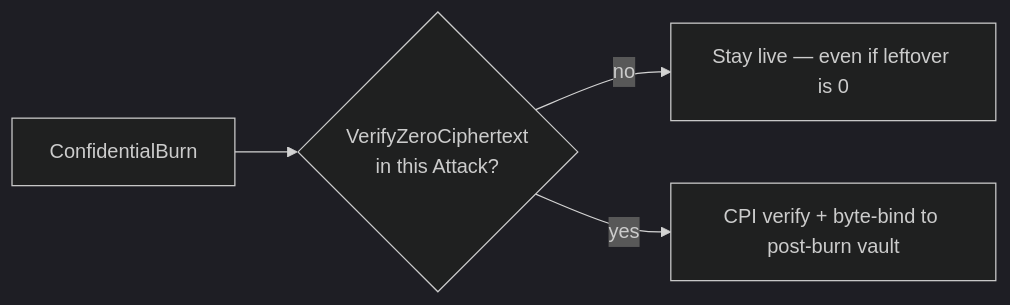
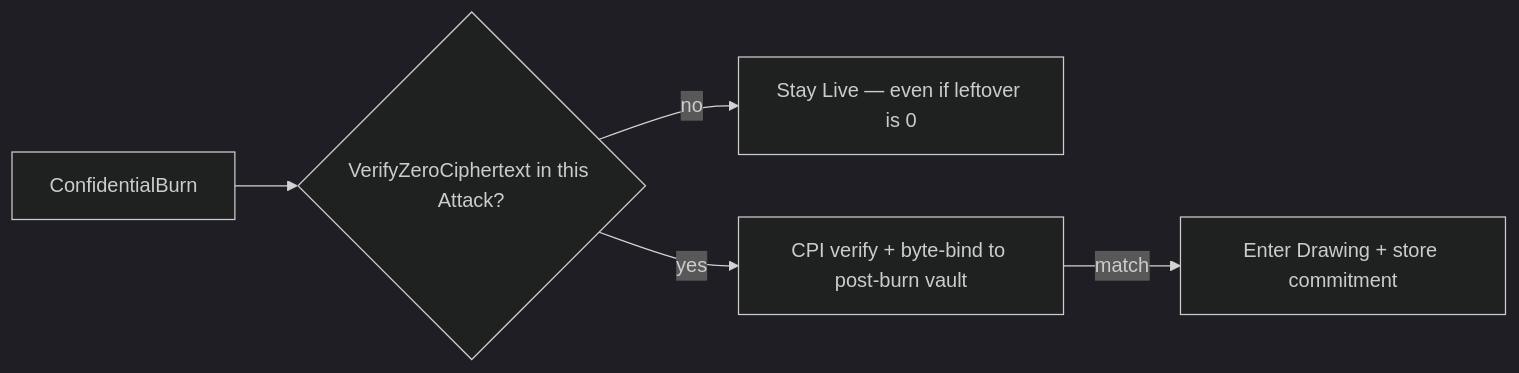
Before and after one commit to kilogold/confidential-pinata: the third of 3 diagrams in docs/confidential-balances.md, drawn with Mermaid (dark theme). The commit also changed other lines of this file and 8 other files, not shown here.

````diff
--- a/docs/confidential-balances.md
+++ b/docs/confidential-balances.md
@@ -85,6 +84,7 @@
 ```mermaid
 flowchart LR
-  burn[ConfidentialBurn] --> proof{"VerifyZeroCiphertext<br/>in this Attack?"}
-  proof -->|no| live[Stay live — even if leftover is 0]
+  burn[ConfidentialBurn] --> proof{VerifyZeroCiphertext in this Attack?}
+  proof -->|no| live[Stay Live — even if leftover is 0]
   proof -->|yes| bind[CPI verify + byte-bind to post-burn vault]
+  bind -->|match| drawing[Enter Drawing + store commitment]
 ```
````
